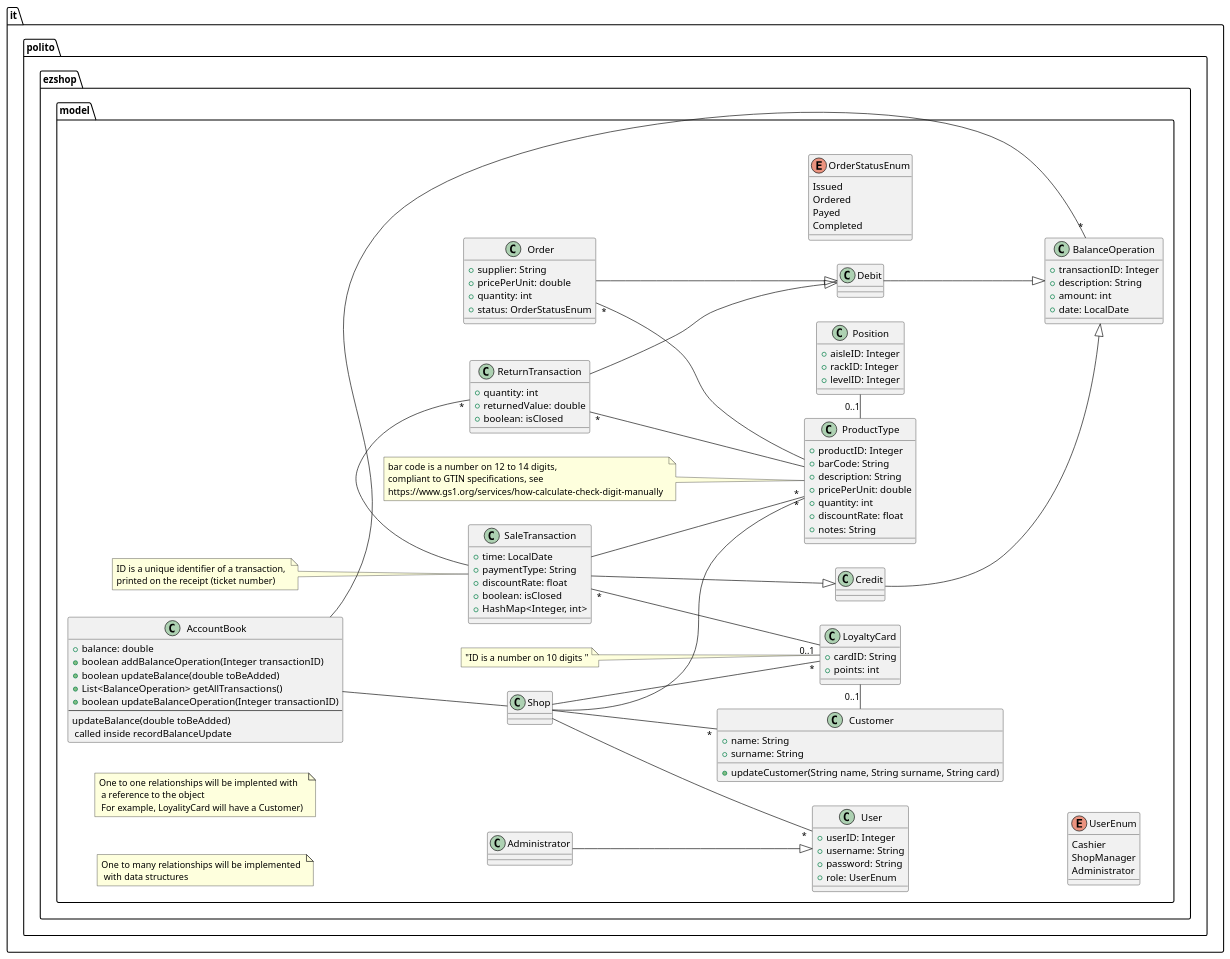
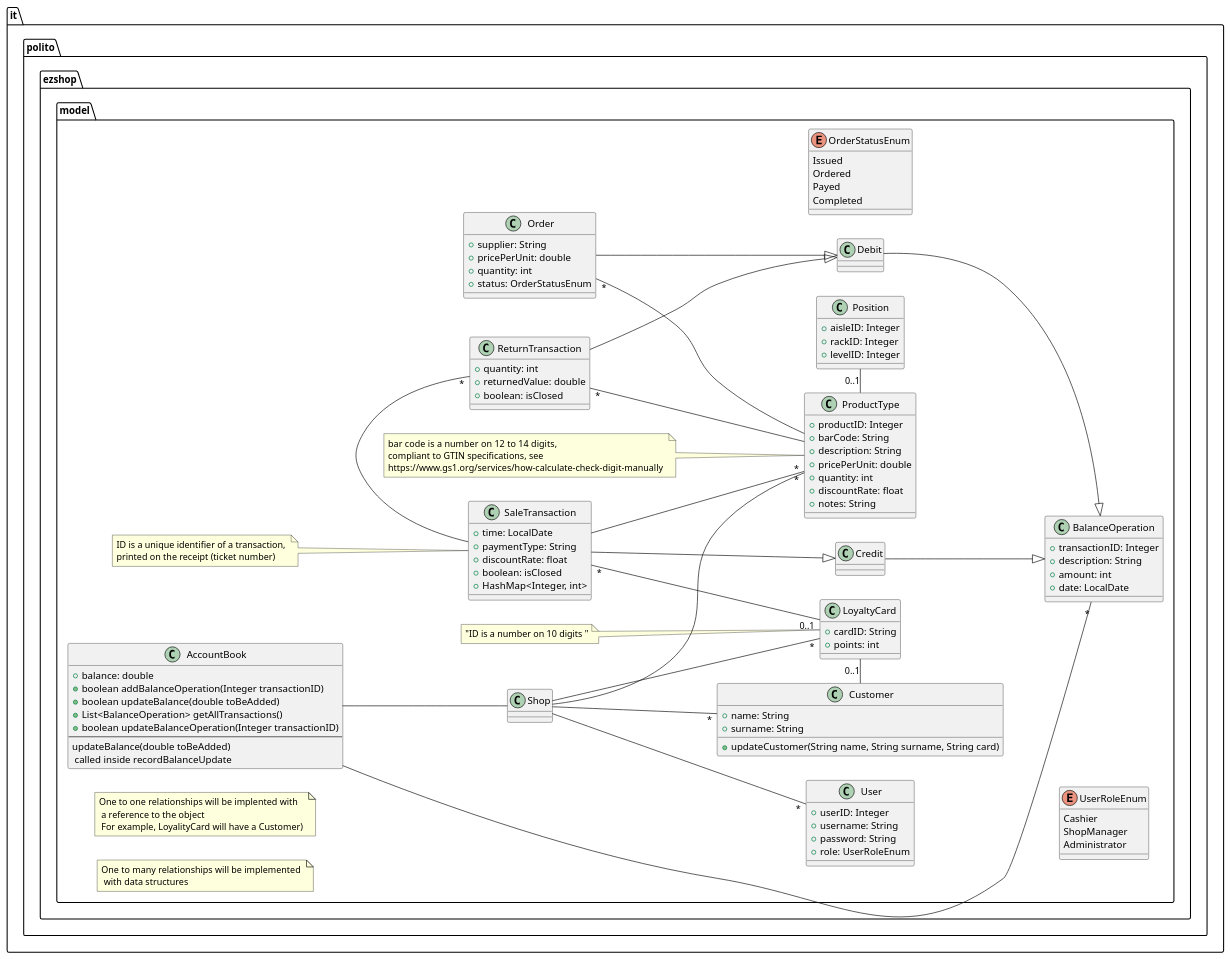
Before and after one commit to Stormz4/group20-EzShop: the third of 23 diagrams in Deliverables/DesignDocument.md, drawn with PlantUML.

Commit message:
Doc: DesignDocument's minor refactoring.

```diff
--- a/Deliverables/DesignDocument.md
+++ b/Deliverables/DesignDocument.md
@@ -172,20 +172,16 @@
     +userID: Integer
     +username: String
     +password: String
-    +role: UserEnum
+    +role: UserRoleEnum
 }
 
-
-Enum UserEnum {
+Enum UserRoleEnum {
     Cashier
     ShopManager
     Administrator
 }
 
-User -[hidden]-> UserEnum
-
-
-Administrator --|> User
+User -[hidden]-> UserRoleEnum
 
 Shop -- "*" User
 
```
